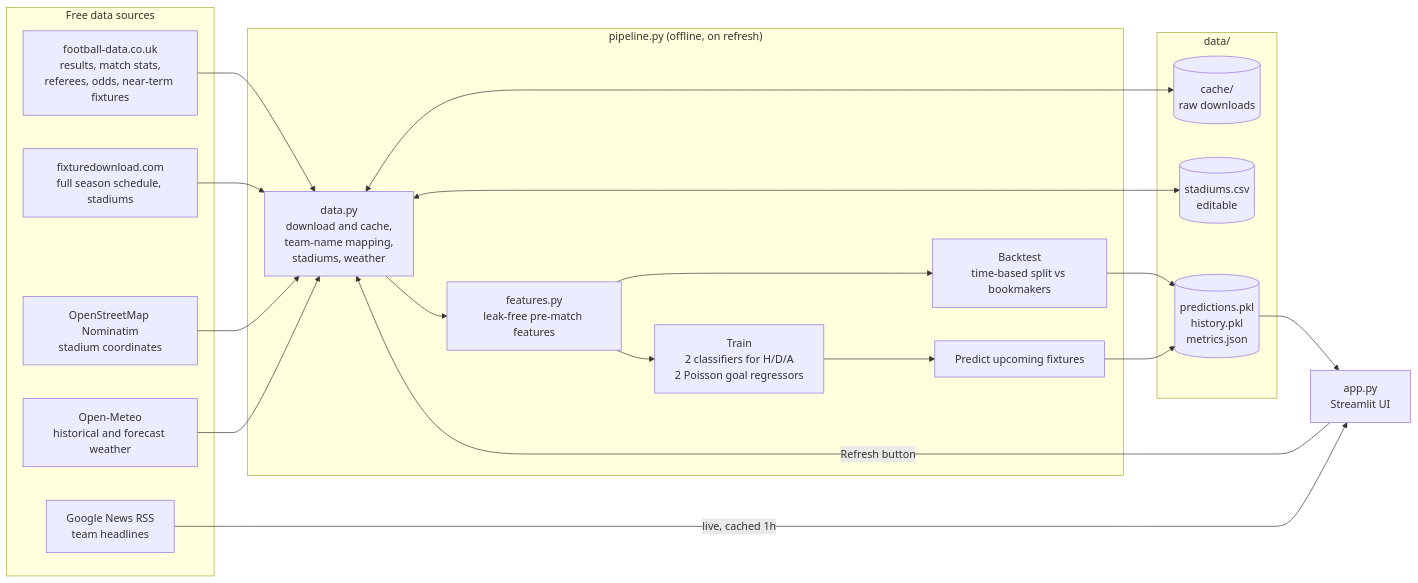
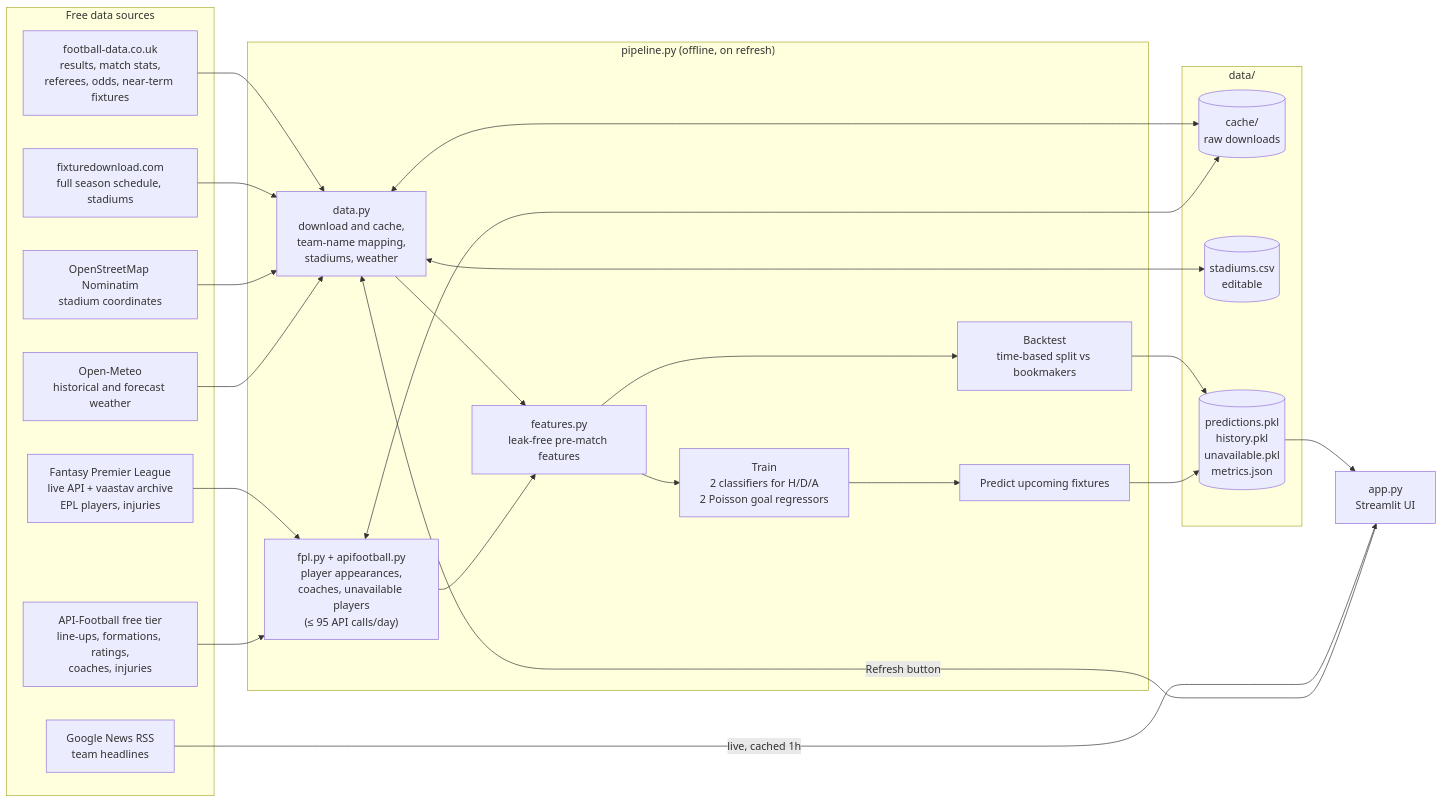
The diagram in README.md (DorukMaltepe/football_oracle), drawn with Mermaid before and after one commit. The commit also changed other lines of this file and 8 other files, not shown here.

````diff
--- a/README.md
+++ b/README.md
@@ -41,40 +61,47 @@
 ```mermaid
 flowchart LR
     subgraph Sources["Free data sources"]
         FD["football-data.co.uk<br/>results, match stats,<br/>referees, odds, near-term fixtures"]
         FX["fixturedownload.com<br/>full season schedule, stadiums"]
+        FPL["Fantasy Premier League<br/>live API + vaastav archive<br/>EPL players, injuries"]
+        AF["API-Football free tier<br/>line-ups, formations, ratings,<br/>coaches, injuries"]
         OSM["OpenStreetMap Nominatim<br/>stadium coordinates"]
         OM["Open-Meteo<br/>historical and forecast weather"]
         GN["Google News RSS<br/>team headlines"]
     end
 
     subgraph Pipeline["pipeline.py (offline, on refresh)"]
         D["data.py<br/>download and cache,<br/>team-name mapping,<br/>stadiums, weather"]
+        PL["fpl.py + apifootball.py<br/>player appearances,<br/>coaches, unavailable players<br/>(≤ 95 API calls/day)"]
         F["features.py<br/>leak-free pre-match features"]
         B["Backtest<br/>time-based split vs bookmakers"]
         T["Train<br/>2 classifiers for H/D/A<br/>2 Poisson goal regressors"]
         P["Predict upcoming fixtures"]
     end
 
     subgraph Store["data/"]
         C[("cache/<br/>raw downloads")]
         S[("stadiums.csv<br/>editable")]
-        A[("predictions.pkl<br/>history.pkl<br/>metrics.json")]
+        A[("predictions.pkl<br/>history.pkl<br/>unavailable.pkl<br/>metrics.json")]
     end
 
     UI["app.py<br/>Streamlit UI"]
 
     FD --> D
     FX --> D
     OSM --> D
     OM --> D
+    FPL --> PL
+    AF --> PL
     D <--> C
+    PL <--> C
     D <--> S
     D --> F --> B
+    PL --> F
     F --> T --> P
     B --> A
     P --> A
     A --> UI
     GN -- "live, cached 1h" --> UI
     UI -- "Refresh button" --> D
 ```
````
